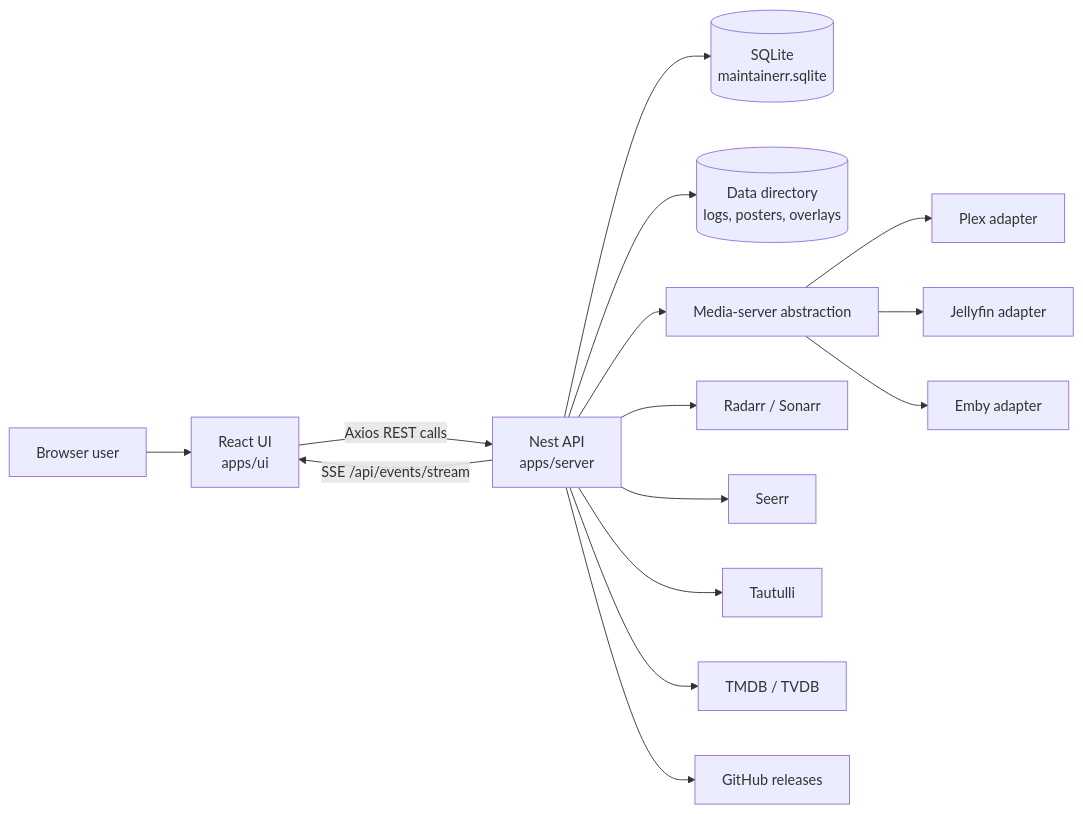
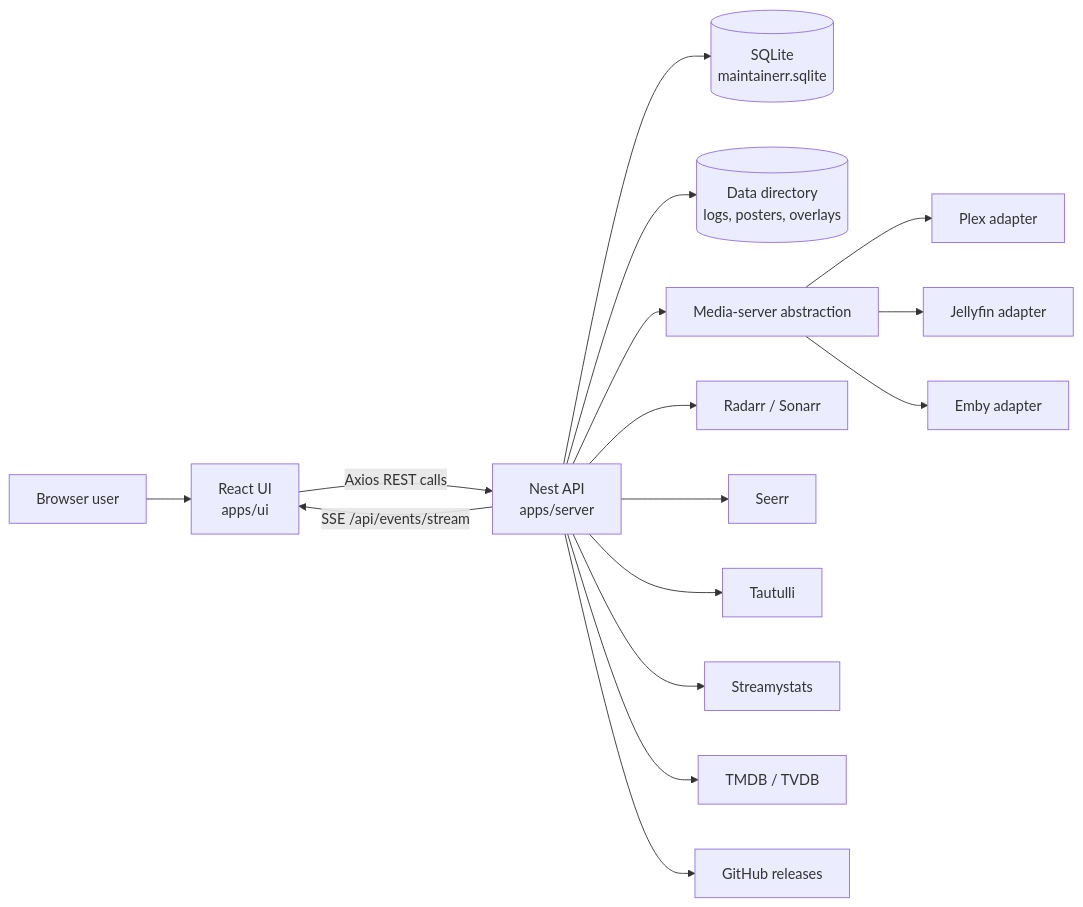
The diagram in ARCHITECTURE.md (Maintainerr/Maintainerr), drawn with Mermaid before and after one commit. The commit also changed other lines of this file and 33 other files, not shown here.

````diff
--- a/ARCHITECTURE.md
+++ b/ARCHITECTURE.md
@@ -36,17 +36,18 @@
 ```mermaid
 flowchart LR
   User["Browser user"] --> UI["React UI<br/>apps/ui"]
   UI -->|"Axios REST calls"| API["Nest API<br/>apps/server"]
   API -->|"SSE /api/events/stream"| UI
   API --> DB[("SQLite<br/>maintainerr.sqlite")]
   API --> Data[("Data directory<br/>logs, posters, overlays")]
   API --> Media["Media-server abstraction"]
   Media --> Plex["Plex adapter"]
   Media --> Jellyfin["Jellyfin adapter"]
   Media --> Emby["Emby adapter"]
   API --> Servarr["Radarr / Sonarr"]
   API --> Seerr["Seerr"]
   API --> Tautulli["Tautulli"]
+  API --> Streamystats["Streamystats"]
   API --> Metadata["TMDB / TVDB"]
   API --> GitHub["GitHub releases"]
 ```
````
